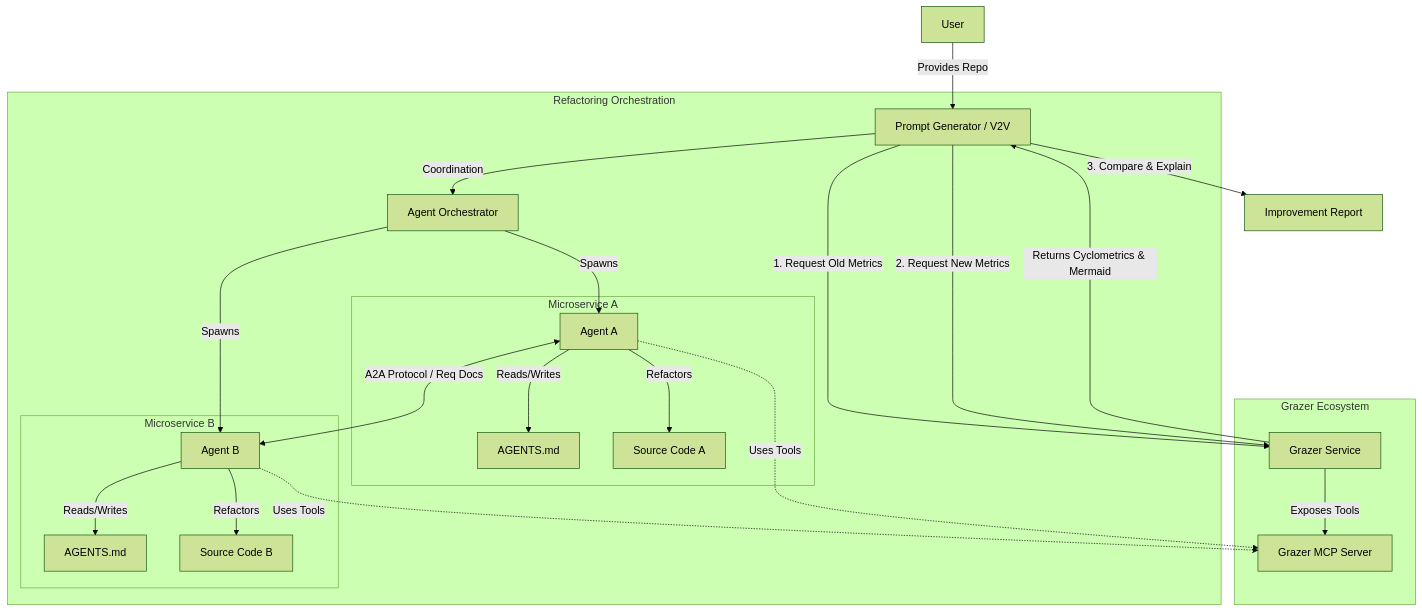
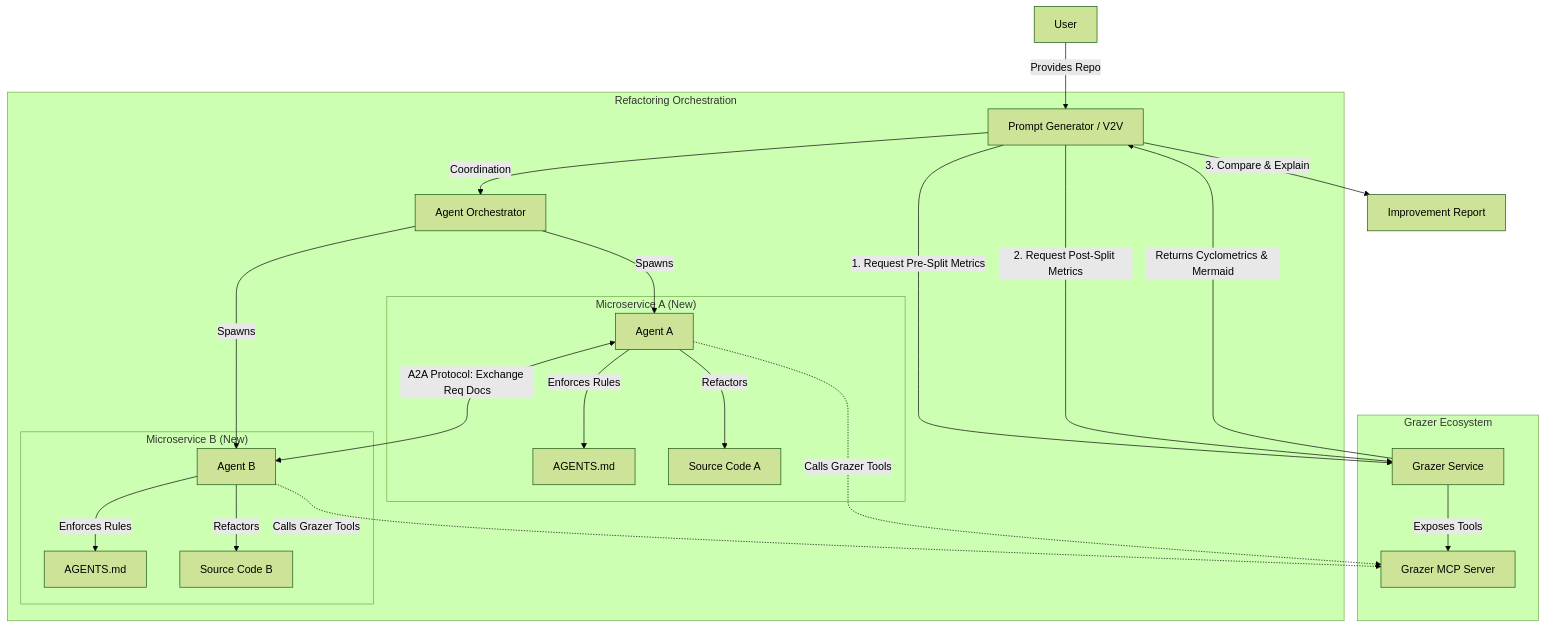
The diagram in diagrams/architecture.mmd (kirilligum/vibe2vibe-hackathon-251206), drawn with Mermaid (forest theme) before and after one commit. The commit also changed 3 other files, not shown here.

Commit message:
docs: Update architecture and workflow diagrams

```diff
--- a/diagrams/architecture.mmd
+++ b/diagrams/architecture.mmd
@@ -1,45 +1,45 @@
 graph TD
     User[User] -->|Provides Repo| PG[Prompt Generator / V2V]
     
     subgraph "Grazer Ecosystem"
         Grazer[Grazer Service]
         MCP[Grazer MCP Server]
         Grazer -->|Exposes Tools| MCP
     end
 
     subgraph "Refactoring Orchestration"
         PG -->|Coordination| AgentOrch[Agent Orchestrator]
         
-        subgraph "Microservice A"
+        subgraph "Microservice A (New)"
             AgentA[Agent A]
             ConfigA[AGENTS.md]
             CodeA[Source Code A]
-            AgentA -->|Reads/Writes| ConfigA
+            AgentA -->|Enforces Rules| ConfigA
             AgentA -->|Refactors| CodeA
         end
 
-        subgraph "Microservice B"
+        subgraph "Microservice B (New)"
             AgentB[Agent B]
             ConfigB[AGENTS.md]
             CodeB[Source Code B]
-            AgentB -->|Reads/Writes| ConfigB
+            AgentB -->|Enforces Rules| ConfigB
             AgentB -->|Refactors| CodeB
         end
     end
 
     %% Key Flow: PG talks to Grazer TWICE
-    PG -->|1. Request Old Metrics| Grazer
-    PG -->|2. Request New Metrics| Grazer
+    PG -->|1. Request Pre-Split Metrics| Grazer
+    PG -->|2. Request Post-Split Metrics| Grazer
     Grazer -->|Returns Cyclometrics & Mermaid| PG
 
     PG -->|3. Compare & Explain| Diff[Improvement Report]
     
     AgentOrch -->|Spawns| AgentA
     AgentOrch -->|Spawns| AgentB
 
     %% A2A Communication
-    AgentA <-->|A2A Protocol / Req Docs| AgentB
+    AgentA <-->|A2A Protocol: Exchange Req Docs| AgentB
     
     %% Use MCP
-    AgentA -.->|Uses Tools| MCP
-    AgentB -.->|Uses Tools| MCP
+    AgentA -.->|Calls Grazer Tools| MCP
+    AgentB -.->|Calls Grazer Tools| MCP
```
